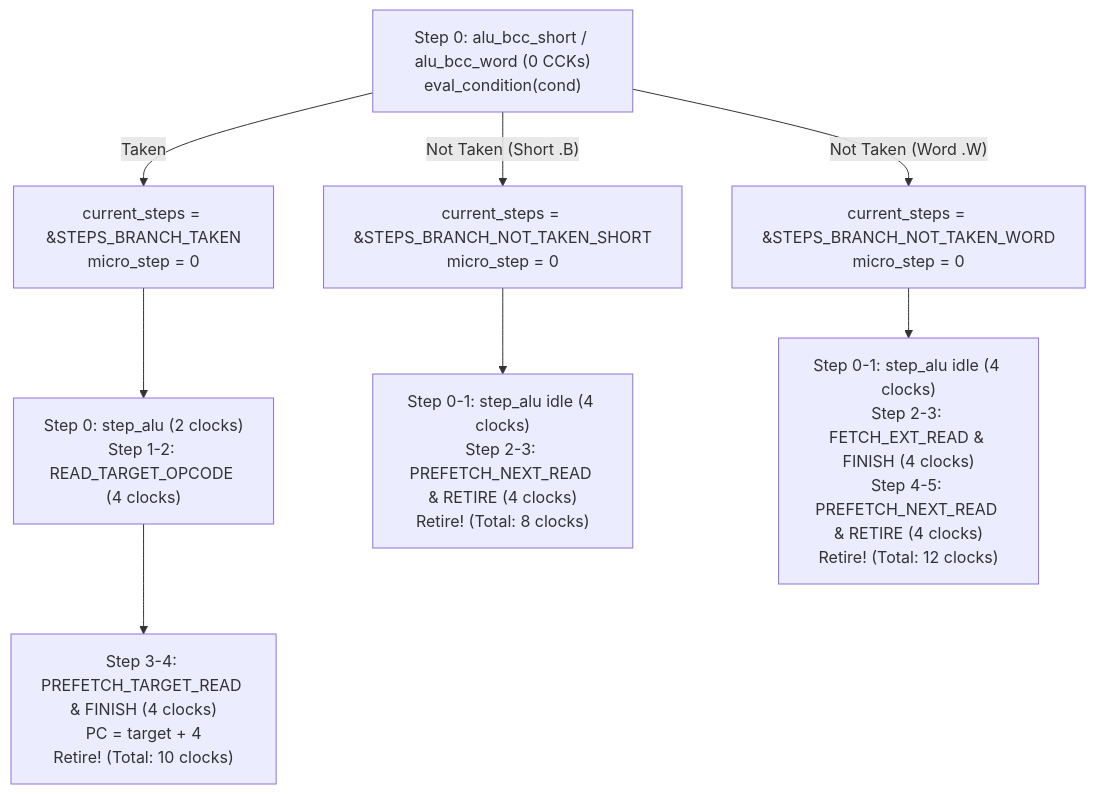
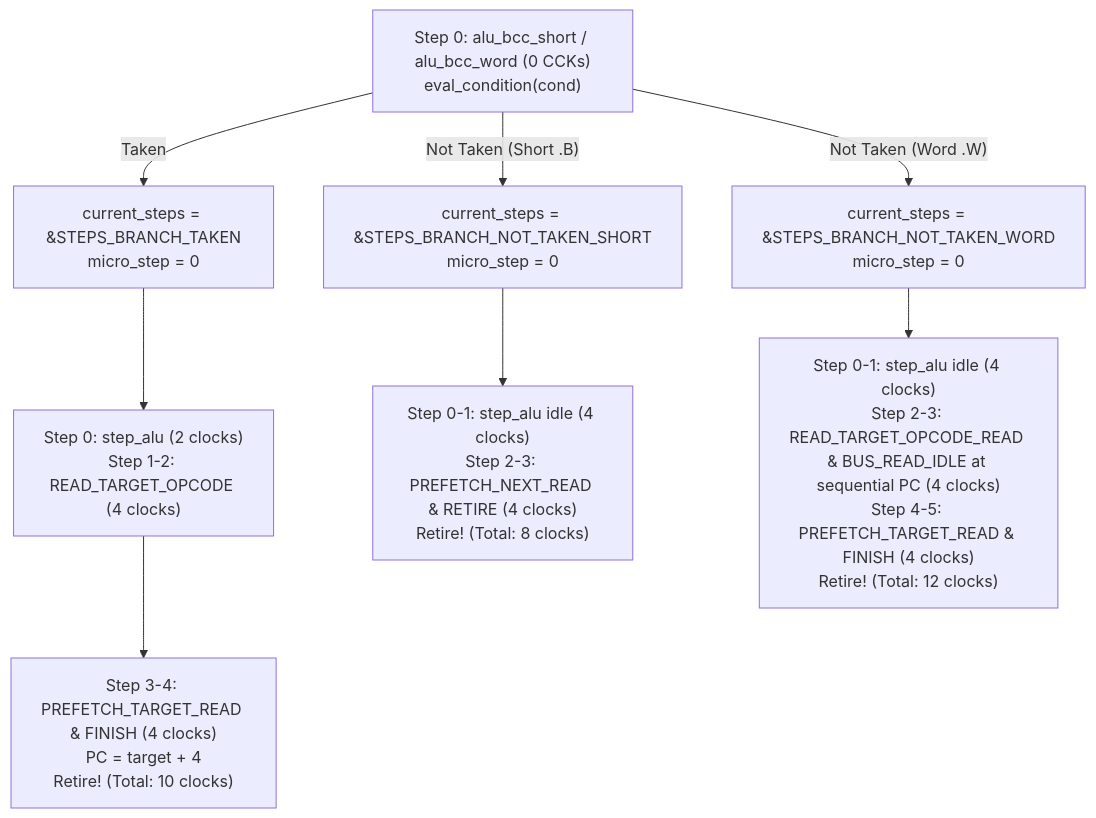
One commit to tomek-anuszkiewicz/amiga-studio changed the first of 4 diagrams in Obsidian/Amiga/Design/CPU Micro-Step State Machine.md. Above: the diagram before and after it, drawn with Mermaid. The commit also changed other lines of this file and 7 other files, not shown here.

````diff
--- a/Obsidian/Amiga/Design/CPU Micro-Step State Machine.md
+++ b/Obsidian/Amiga/Design/CPU Micro-Step State Machine.md
@@ -375,14 +377,14 @@
 ```mermaid
 flowchart TD
     Eval["Step 0: alu_bcc_short / alu_bcc_word (0 CCKs)<br/>eval_condition(cond)"]
     
     Eval -- "Taken" --> TakenPath["current_steps = &STEPS_BRANCH_TAKEN<br/>micro_step = 0"]
     TakenPath --> Refill1["Step 0: step_alu (2 clocks)<br/>Step 1-2: READ_TARGET_OPCODE (4 clocks)"]
     Refill1 --> Refill2["Step 3-4: PREFETCH_TARGET_READ & FINISH (4 clocks)<br/>PC = target + 4<br/>Retire! (Total: 10 clocks)"]
     
     Eval -- "Not Taken (Short .B)" --> NotTakenB["current_steps = &STEPS_BRANCH_NOT_TAKEN_SHORT<br/>micro_step = 0"]
     NotTakenB --> SeqRetire["Step 0-1: step_alu idle (4 clocks)<br/>Step 2-3: PREFETCH_NEXT_READ & RETIRE (4 clocks)<br/>Retire! (Total: 8 clocks)"]
     
     Eval -- "Not Taken (Word .W)" --> NotTakenW["current_steps = &STEPS_BRANCH_NOT_TAKEN_WORD<br/>micro_step = 0"]
-    NotTakenW --> SkipExt["Step 0-1: step_alu idle (4 clocks)<br/>Step 2-3: FETCH_EXT_READ & FINISH (4 clocks)<br/>Step 4-5: PREFETCH_NEXT_READ & RETIRE (4 clocks)<br/>Retire! (Total: 12 clocks)"]
+    NotTakenW --> SkipExt["Step 0-1: step_alu idle (4 clocks)<br/>Step 2-3: READ_TARGET_OPCODE_READ & BUS_READ_IDLE at sequential PC (4 clocks)<br/>Step 4-5: PREFETCH_TARGET_READ & FINISH (4 clocks)<br/>Retire! (Total: 12 clocks)"]
 ```
````
